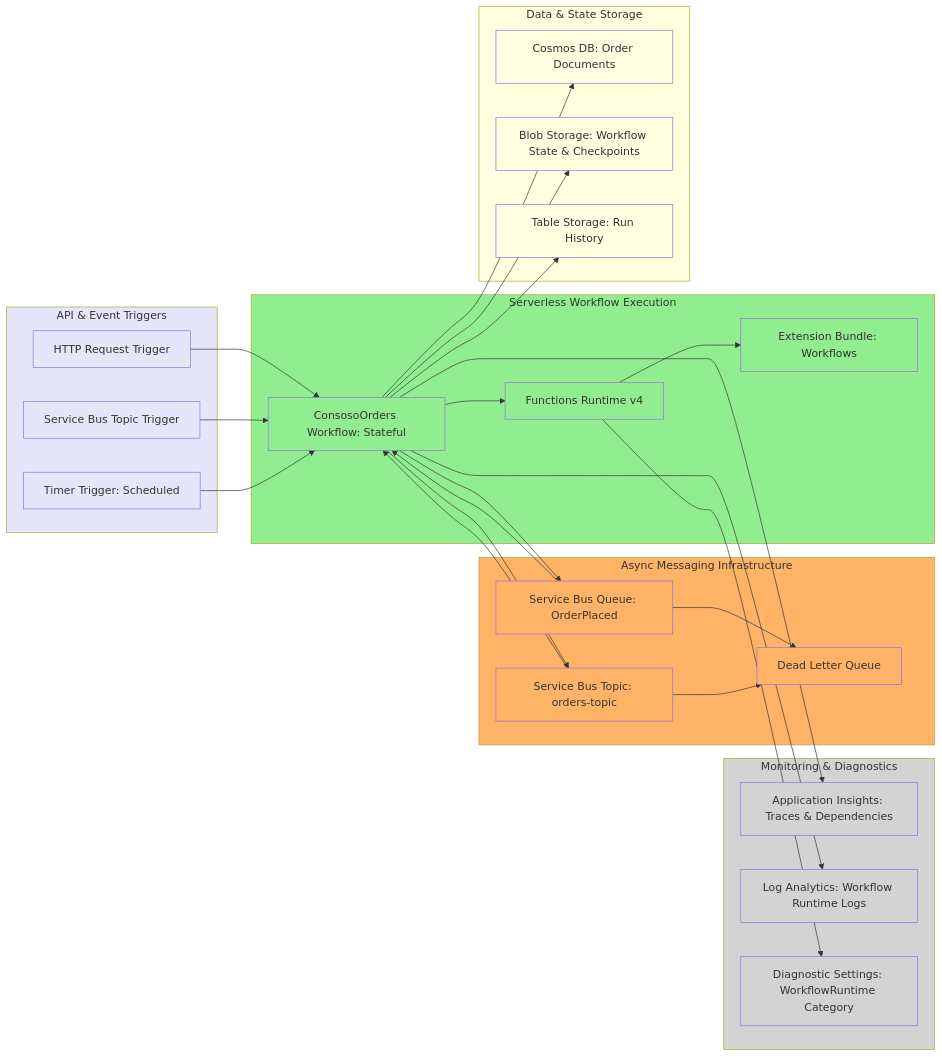
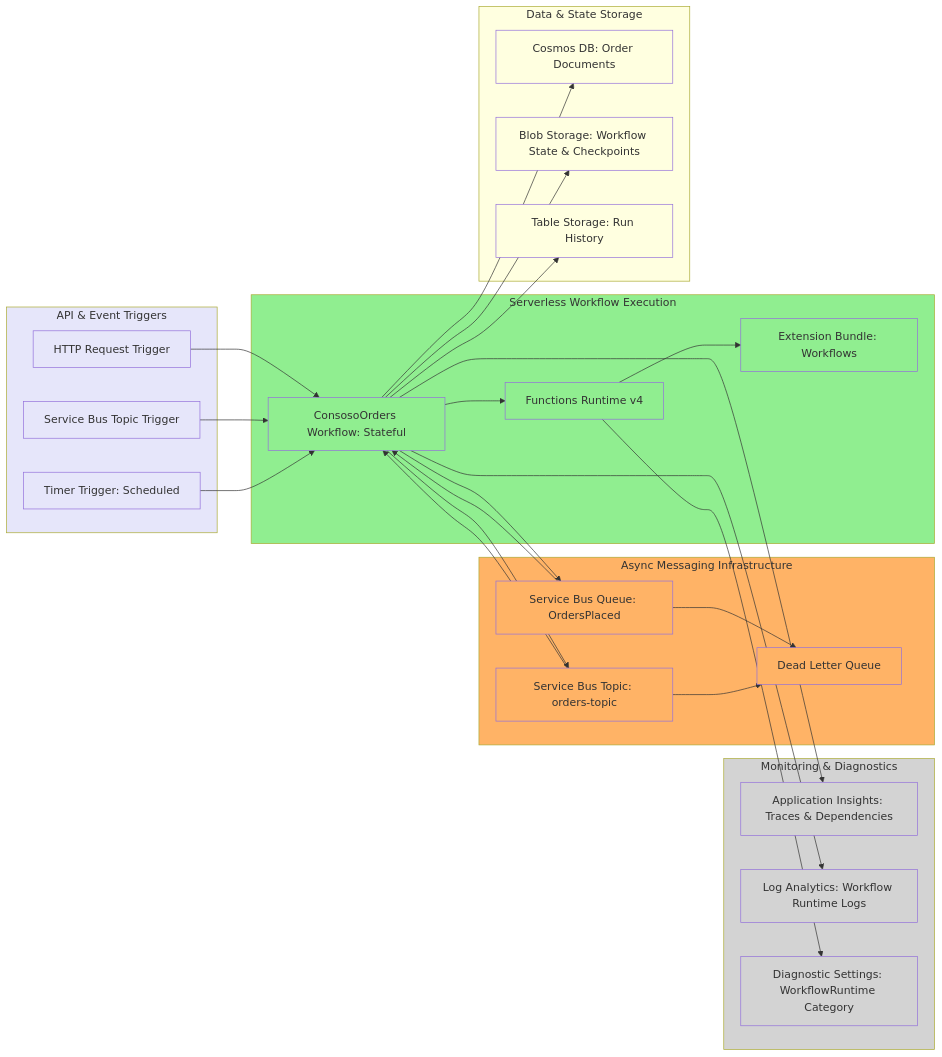
Diagram 11 of 12 in README.md (Evilazaro/Azure-LogicApps-Monitoring), drawn with Mermaid before and after one commit. The commit also changed other lines of this file and 8 other files, not shown here.

Commit message:
Refactor messaging infrastructure: rename 'OrderPlaced' to 'OrdersPlaced' across multiple files for consistency

````diff
--- a/README.md
+++ b/README.md
@@ -756,71 +756,71 @@
 ```mermaid
 flowchart LR
     subgraph Triggers[API & Event Triggers]
         style Triggers fill:#E6E6FA
         API[HTTP Request Trigger]
         SB[Service Bus Topic Trigger]
         TIMER[Timer Trigger: Scheduled]
     end
     
     subgraph Functions[Serverless Workflow Execution]
         style Functions fill:#90EE90
         LA1[ConsosoOrders Workflow: Stateful]
         LA2[Functions Runtime v4]
         LA3[Extension Bundle: Workflows]
     end
     
     subgraph Queues[Async Messaging Infrastructure]
         style Queues fill:#FFB366
-        Q1[Service Bus Queue: OrderPlaced]
+        Q1[Service Bus Queue: OrdersPlaced]
         T1[Service Bus Topic: orders-topic]
         DLQ[Dead Letter Queue]
     end
     
     subgraph Storage[Data & State Storage]
         style Storage fill:#FFFFE0
         DB[Cosmos DB: Order Documents]
         BLOB[Blob Storage: Workflow State & Checkpoints]
         TABLE[Table Storage: Run History]
     end
     
     subgraph Monitoring[Monitoring & Diagnostics]
         style Monitoring fill:#D3D3D3
         AI[Application Insights: Traces & Dependencies]
         LA[Log Analytics: Workflow Runtime Logs]
         DIAG[Diagnostic Settings: WorkflowRuntime Category]
     end
     
     API --> LA1
     SB --> LA1
     TIMER --> LA1
     LA1 --> LA2
     LA2 --> LA3
     LA1 --> Q1
     LA1 --> T1
     Q1 --> LA1
     T1 --> LA1
     Q1 --> DLQ
     T1 --> DLQ
     LA1 --> DB
     LA1 --> BLOB
     LA1 --> TABLE
     LA1 --> AI
     LA1 --> LA
     LA2 --> DIAG
     
     style API fill:#E6E6FA
     style SB fill:#E6E6FA
     style TIMER fill:#E6E6FA
     style LA1 fill:#90EE90
     style LA2 fill:#90EE90
     style LA3 fill:#90EE90
     style Q1 fill:#FFB366
     style T1 fill:#FFB366
     style DLQ fill:#FFB366
     style DB fill:#FFFFE0
     style BLOB fill:#FFFFE0
     style TABLE fill:#FFFFE0
     style AI fill:#D3D3D3
     style LA fill:#D3D3D3
     style DIAG fill:#D3D3D3
 ```
````
